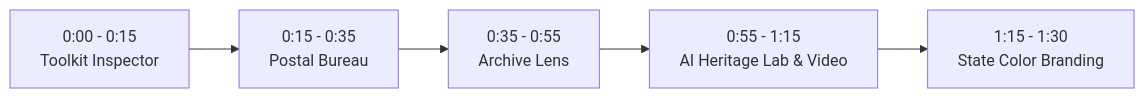
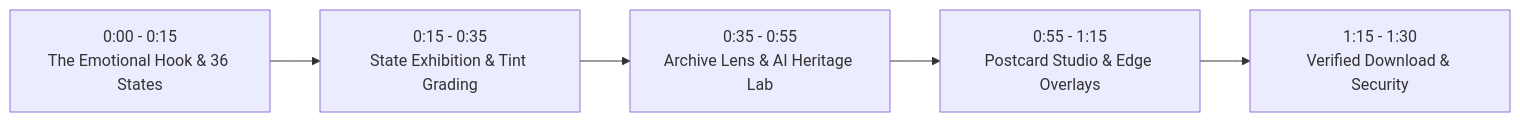
Before and after one commit to Dev-ctrl-7/ROOT: the diagram in DEMO_GUIDE.md, drawn with Mermaid. The commit also changed other lines of this file and 19 other files, not shown here.

Commit message:
feat(security): harden Cloudinary API routes, add Resend email dispatch, cross-origin download proxy, and genuine ASI heritage assets

````diff
--- a/DEMO_GUIDE.md
+++ b/DEMO_GUIDE.md
@@ -9,7 +11,7 @@
 ```mermaid
 flowchart LR
-    A["0:00 - 0:15<br/>Toolkit Inspector"] --> B["0:15 - 0:35<br/>Postal Bureau"]
-    B --> C["0:35 - 0:55<br/>Archive Lens"]
-    C --> D["0:55 - 1:15<br/>AI Heritage Lab & Video"]
-    D --> E["1:15 - 1:30<br/>State Color Branding"]
+    A["0:00 - 0:15<br/>The Emotional Hook & 36 States"] --> B["0:15 - 0:35<br/>State Exhibition & Tint Grading"]
+    B --> C["0:35 - 0:55<br/>Archive Lens & AI Heritage Lab"]
+    C --> D["0:55 - 1:15<br/>Postcard Studio & Edge Overlays"]
+    D --> E["1:15 - 1:30<br/>Verified Download & Security"]
 ```
````
